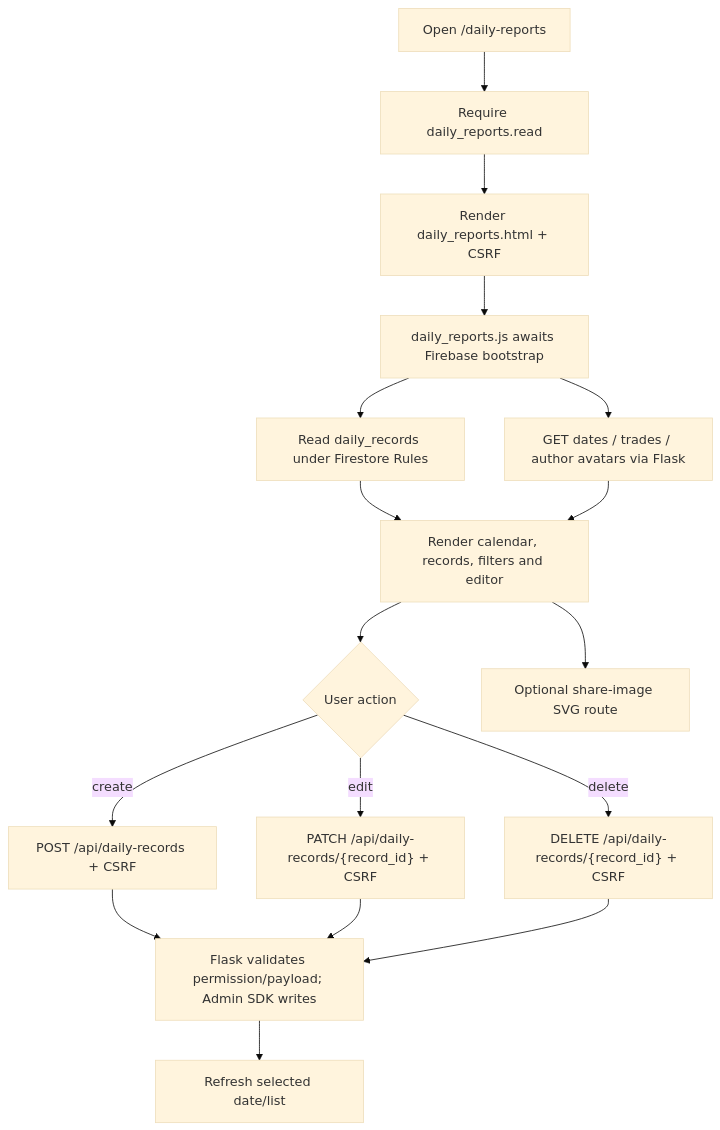
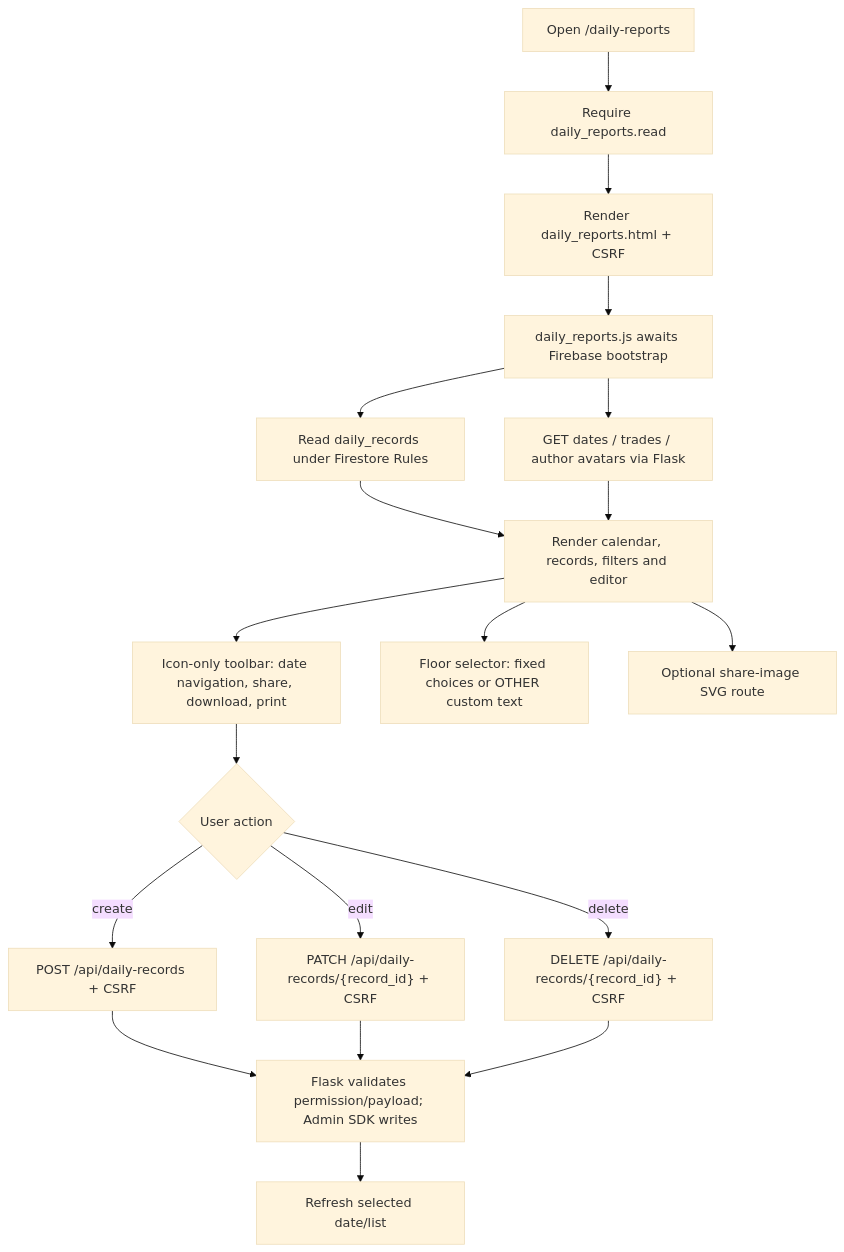
One commit to mannatmoonland-ship-it/mannat changed the eighth of 23 diagrams in ARCHITECTURE.md. Above: the diagram before and after it, drawn with Mermaid (base theme). The commit also changed other lines of this file and 25 other files, not shown here.

````diff
--- a/ARCHITECTURE.md
+++ b/ARCHITECTURE.md
@@ -503,19 +504,21 @@
 ```mermaid
 flowchart TD
     A["Open /daily-reports"] --> B["Require daily_reports.read"]
     B --> C["Render daily_reports.html + CSRF"]
     C --> D["daily_reports.js awaits Firebase bootstrap"]
     D --> E["Read daily_records under Firestore Rules"]
     D --> F["GET dates / trades / author avatars via Flask"]
     E --> G["Render calendar, records, filters and editor"]
     F --> G
-    G --> H{"User action"}
-    H -- create --> I["POST /api/daily-records + CSRF"]
-    H -- edit --> J["PATCH /api/daily-records/{record_id} + CSRF"]
-    H -- delete --> K["DELETE /api/daily-records/{record_id} + CSRF"]
-    I --> L["Flask validates permission/payload; Admin SDK writes"]
-    J --> L
-    K --> L
-    L --> M["Refresh selected date/list"]
-    G --> N["Optional share-image SVG route"]
+    G --> H["Icon-only toolbar: date navigation, share, download, print"]
+    G --> I["Floor selector: fixed choices or OTHER custom text"]
+    H --> J{"User action"}
+    J -- create --> K["POST /api/daily-records + CSRF"]
+    J -- edit --> L["PATCH /api/daily-records/{record_id} + CSRF"]
+    J -- delete --> M["DELETE /api/daily-records/{record_id} + CSRF"]
+    K --> N["Flask validates permission/payload; Admin SDK writes"]
+    L --> N
+    M --> N
+    N --> O["Refresh selected date/list"]
+    G --> P["Optional share-image SVG route"]
 ```
````
